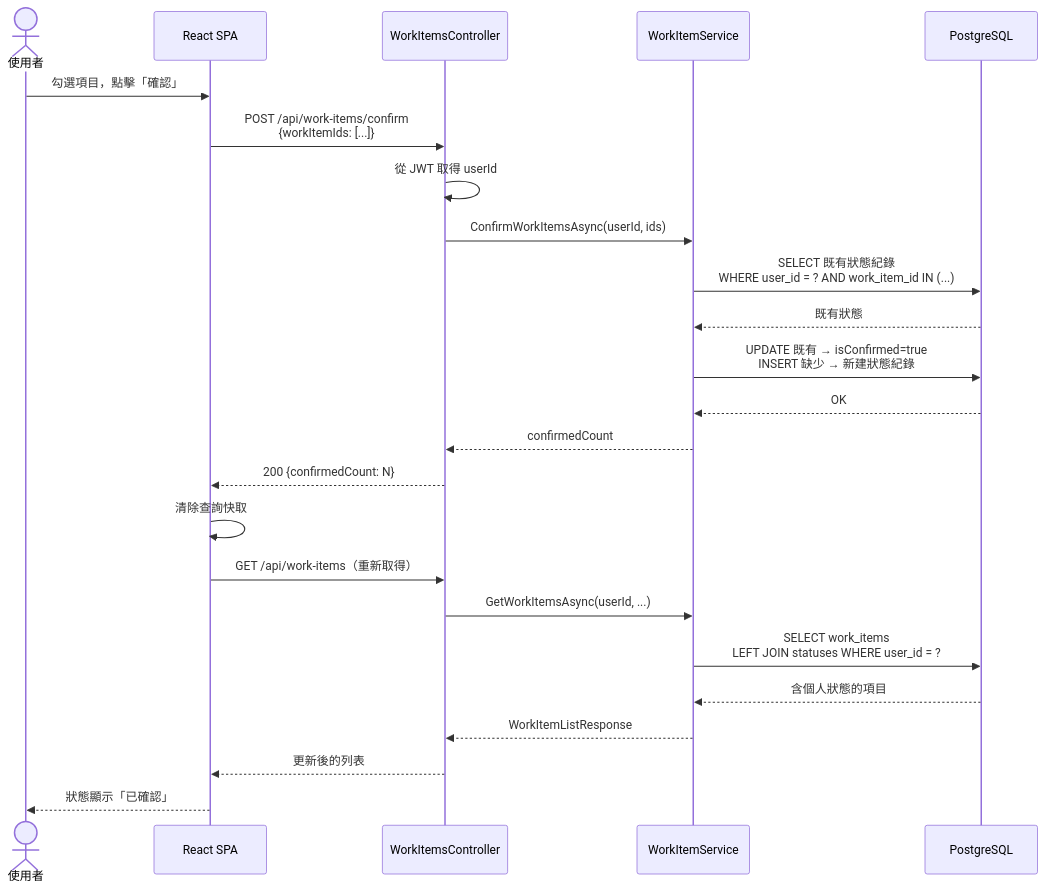
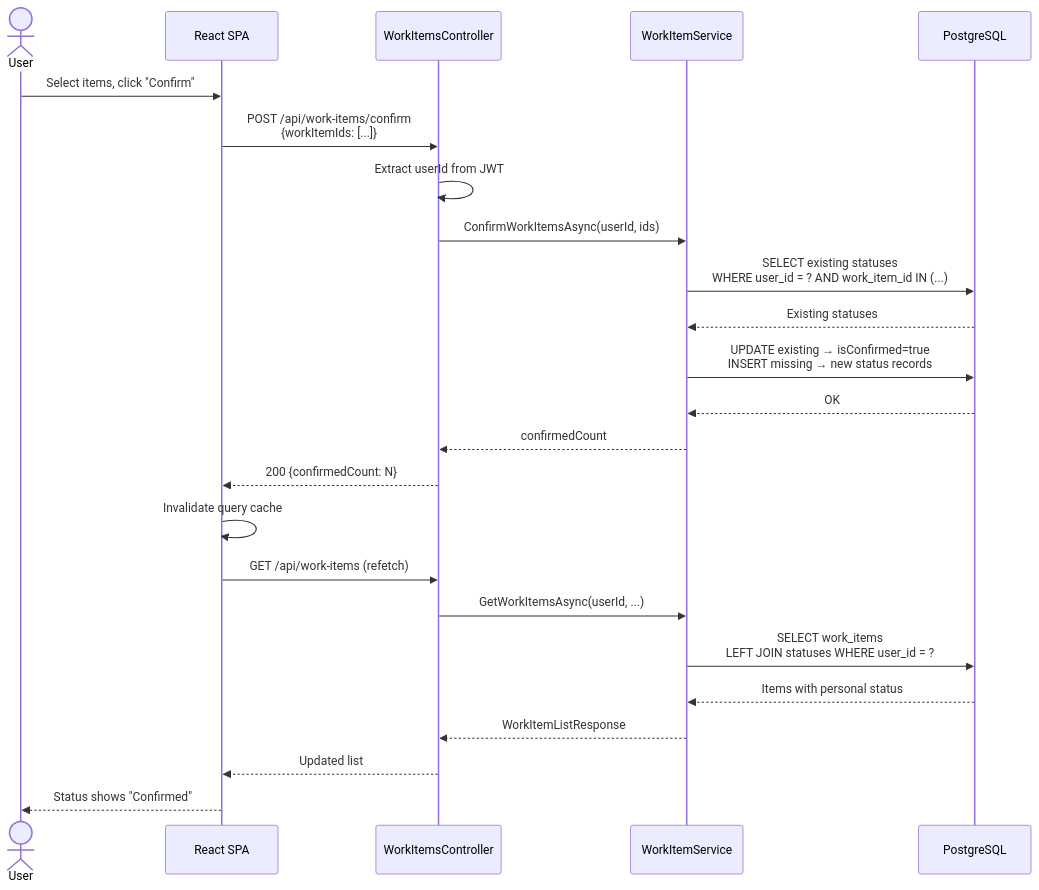
One commit to Neal75418/MyWorkItem changed the fourth of 5 diagrams in docs/c4-diagrams.md. Above: the diagram before and after it, drawn with Mermaid. The commit also changed other lines of this file and 1 other file, not shown here.

First line of the commit message:
docs: update README and C4 diagrams to match current codebase

````diff
--- a/docs/c4-diagrams.md
+++ b/docs/c4-diagrams.md
@@ -130,27 +133,27 @@
 ```mermaid
 sequenceDiagram
-    actor User as 使用者
+    actor User as User
     participant SPA as React SPA
     participant API as WorkItemsController
     participant Svc as WorkItemService
     participant DB as PostgreSQL
 
-    User->>SPA: 勾選項目，點擊「確認」
+    User->>SPA: Select items, click "Confirm"
     SPA->>API: POST /api/work-items/confirm<br/>{workItemIds: [...]}
-    API->>API: 從 JWT 取得 userId
+    API->>API: Extract userId from JWT
     API->>Svc: ConfirmWorkItemsAsync(userId, ids)
-    Svc->>DB: SELECT 既有狀態紀錄<br/>WHERE user_id = ? AND work_item_id IN (...)
-    DB-->>Svc: 既有狀態
-    Svc->>DB: UPDATE 既有 → isConfirmed=true<br/>INSERT 缺少 → 新建狀態紀錄
+    Svc->>DB: SELECT existing statuses<br/>WHERE user_id = ? AND work_item_id IN (...)
+    DB-->>Svc: Existing statuses
+    Svc->>DB: UPDATE existing → isConfirmed=true<br/>INSERT missing → new status records
     DB-->>Svc: OK
     Svc-->>API: confirmedCount
     API-->>SPA: 200 {confirmedCount: N}
-    SPA->>SPA: 清除查詢快取
-    SPA->>API: GET /api/work-items（重新取得）
+    SPA->>SPA: Invalidate query cache
+    SPA->>API: GET /api/work-items (refetch)
     API->>Svc: GetWorkItemsAsync(userId, ...)
     Svc->>DB: SELECT work_items<br/>LEFT JOIN statuses WHERE user_id = ?
-    DB-->>Svc: 含個人狀態的項目
+    DB-->>Svc: Items with personal status
     Svc-->>API: WorkItemListResponse
-    API-->>SPA: 更新後的列表
-    SPA-->>User: 狀態顯示「已確認」
+    API-->>SPA: Updated list
+    SPA-->>User: Status shows "Confirmed"
 ```
````
